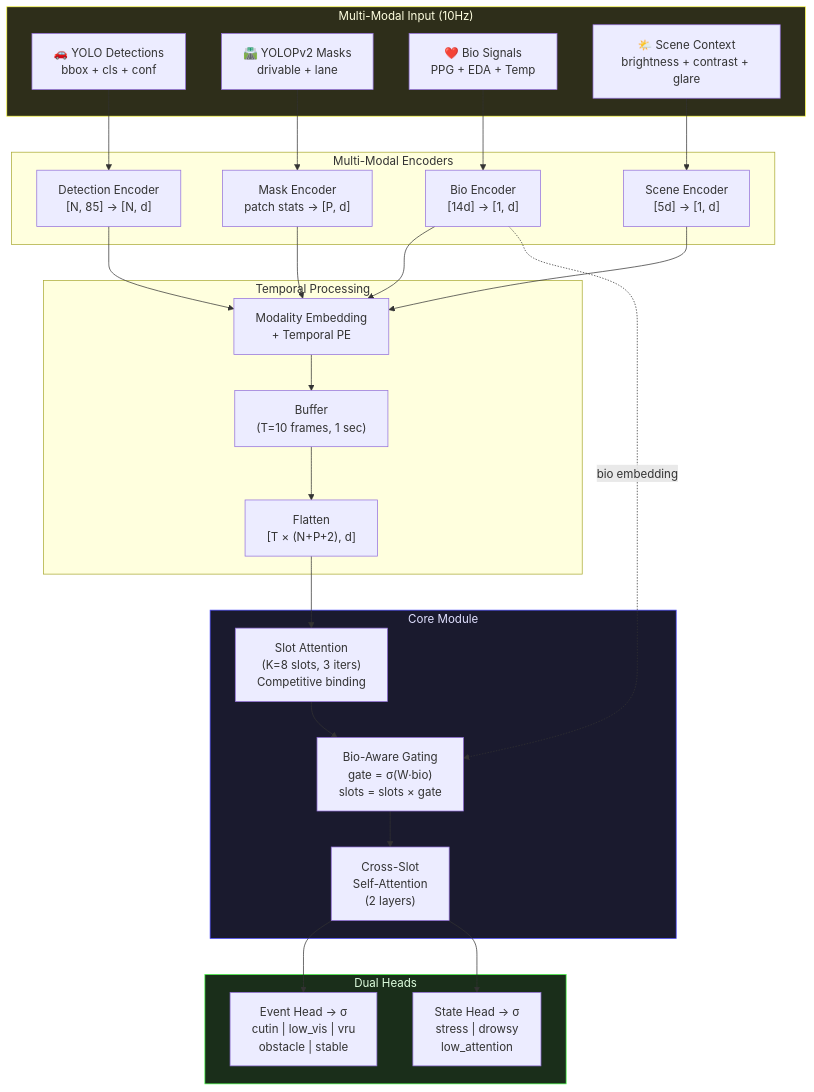
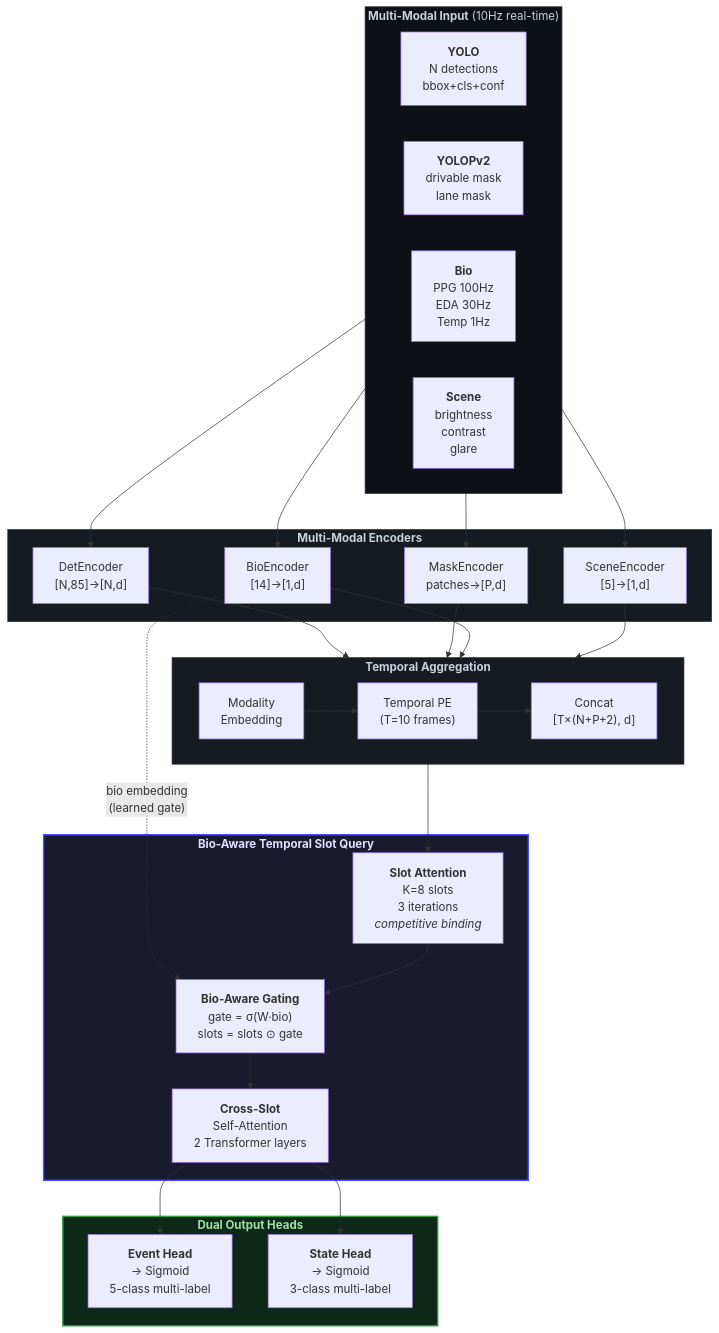
One commit to RyanAhn533/temporal-slot-query changed the first of 4 diagrams in README.md. Above: the diagram before and after it, drawn with Mermaid. The commit also changed other lines of this file, not shown here.

First line of the commit message:
Rewrite README: publication-grade with HTML + Mermaid diagrams

````diff
--- a/README.md
+++ b/README.md
@@ -21,49 +66,53 @@
 ```mermaid
 flowchart TB
-    subgraph INPUT["Multi-Modal Input (10Hz)"]
-        I1["🚗 YOLO Detections<br/>bbox + cls + conf"]
-        I2["🛣️ YOLOPv2 Masks<br/>drivable + lane"]
-        I3["❤️ Bio Signals<br/>PPG + EDA + Temp"]
-        I4["🌤️ Scene Context<br/>brightness + contrast + glare"]
+    subgraph INPUT["<b>Multi-Modal Input</b> (10Hz real-time)"]
+        direction LR
+        I1["<b>YOLO</b><br/>N detections<br/>bbox+cls+conf"]
+        I2["<b>YOLOPv2</b><br/>drivable mask<br/>lane mask"]
+        I3["<b>Bio</b><br/>PPG 100Hz<br/>EDA 30Hz<br/>Temp 1Hz"]
+        I4["<b>Scene</b><br/>brightness<br/>contrast<br/>glare"]
     end
 
-    subgraph ENCODE["Multi-Modal Encoders"]
-        E1["Detection Encoder<br/>[N, 85] → [N, d]"]
-        E2["Mask Encoder<br/>patch stats → [P, d]"]
-        E3["Bio Encoder<br/>[14d] → [1, d]"]
-        E4["Scene Encoder<br/>[5d] → [1, d]"]
+    subgraph ENCODE["<b>Multi-Modal Encoders</b>"]
+        E1["DetEncoder<br/>[N,85]→[N,d]"]
+        E2["MaskEncoder<br/>patches→[P,d]"]
+        E3["BioEncoder<br/>[14]→[1,d]"]
+        E4["SceneEncoder<br/>[5]→[1,d]"]
     end
 
-    subgraph TEMPORAL["Temporal Processing"]
-        T1["Modality Embedding<br/>+ Temporal PE"]
-        T2["Buffer<br/>(T=10 frames, 1 sec)"]
-        T3["Flatten<br/>[T × (N+P+2), d]"]
+    subgraph TEMPORAL["<b>Temporal Aggregation</b>"]
+        direction LR
+        T1["Modality<br/>Embedding"]
+        T2["Temporal PE<br/>(T=10 frames)"]
+        T3["Concat<br/>[T×(N+P+2), d]"]
     end
 
-    subgraph CORE["Core Module"]
-        SA["Slot Attention<br/>(K=8 slots, 3 iters)<br/>Competitive binding"]
-        BG["Bio-Aware Gating<br/>gate = σ(W·bio)<br/>slots = slots × gate"]
-        CSS["Cross-Slot<br/>Self-Attention<br/>(2 layers)"]
+    subgraph CORE["<b>Bio-Aware Temporal Slot Query</b>"]
+        SA["<b>Slot Attention</b><br/>K=8 slots<br/>3 iterations<br/><i>competitive binding</i>"]
+        BG["<b>Bio-Aware Gating</b><br/>gate = σ(W·bio)<br/>slots = slots ⊙ gate"]
+        CSS["<b>Cross-Slot</b><br/>Self-Attention<br/>2 Transformer layers"]
     end
 
-    subgraph OUTPUT["Dual Heads"]
-        H1["Event Head → σ<br/>cutin | low_vis | vru<br/>obstacle | stable"]
-        H2["State Head → σ<br/>stress | drowsy<br/>low_attention"]
+    subgraph OUT["<b>Dual Output Heads</b>"]
+        H1["<b>Event Head</b><br/>→ Sigmoid<br/>5-class multi-label"]
+        H2["<b>State Head</b><br/>→ Sigmoid<br/>3-class multi-label"]
     end
 
     I1 --> E1
     I2 --> E2
     I3 --> E3
     I4 --> E4
 
     E1 & E2 & E3 & E4 --> T1
     T1 --> T2 --> T3
     T3 --> SA
-    E3 -.->|"bio embedding"| BG
+    E3 -.->|"bio embedding<br/>(learned gate)"| BG
     SA --> BG --> CSS
     CSS --> H1 & H2
 
-    style CORE fill:#1a1a2e,color:#e0e0ff,stroke:#4a4aff
-    style OUTPUT fill:#1a2e1a,color:#e0ffe0,stroke:#4aff4a
-    style INPUT fill:#2e2e1a,color:#ffffe0,stroke:#ffff4a
+    style INPUT fill:#0d1117,color:#c9d1d9,stroke:#30363d
+    style ENCODE fill:#161b22,color:#c9d1d9,stroke:#30363d
+    style TEMPORAL fill:#161b22,color:#c9d1d9,stroke:#30363d
+    style CORE fill:#1a1a2e,color:#e0e0ff,stroke:#4a4aff,stroke-width:2px
+    style OUT fill:#0d2818,color:#a0e0a0,stroke:#2ea043,stroke-width:2px
 ```
````
